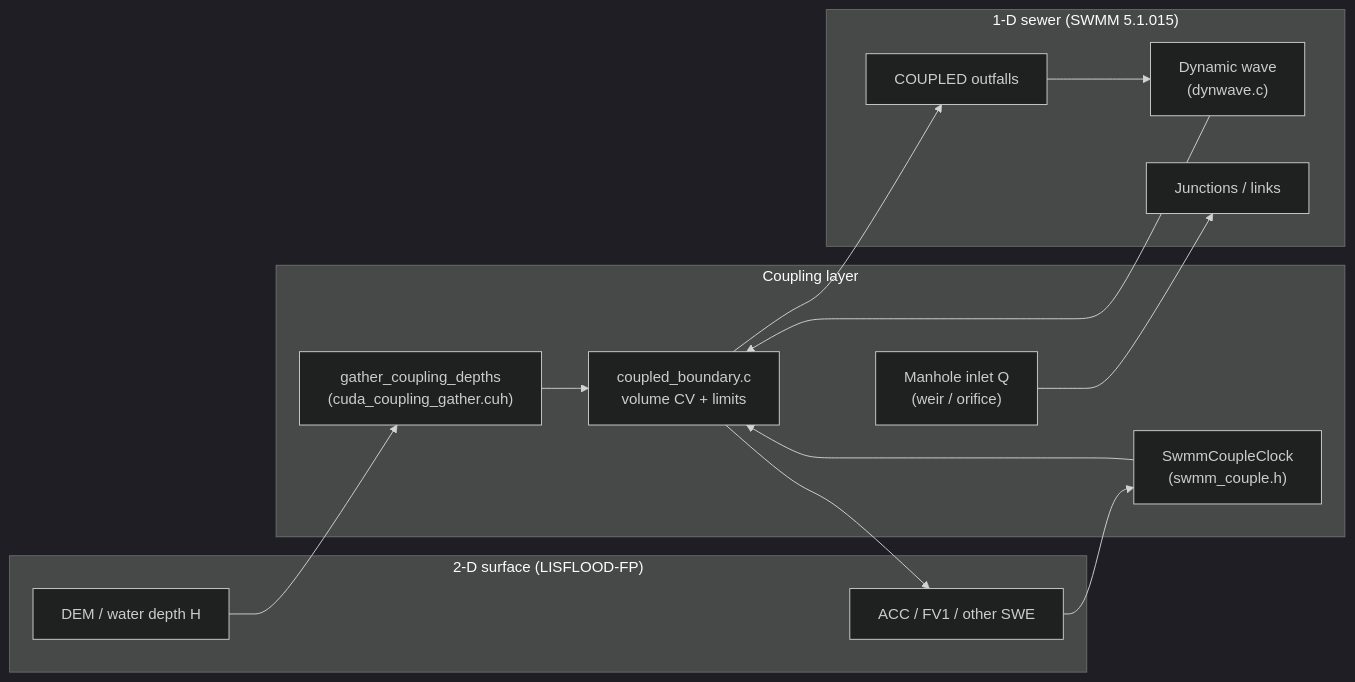
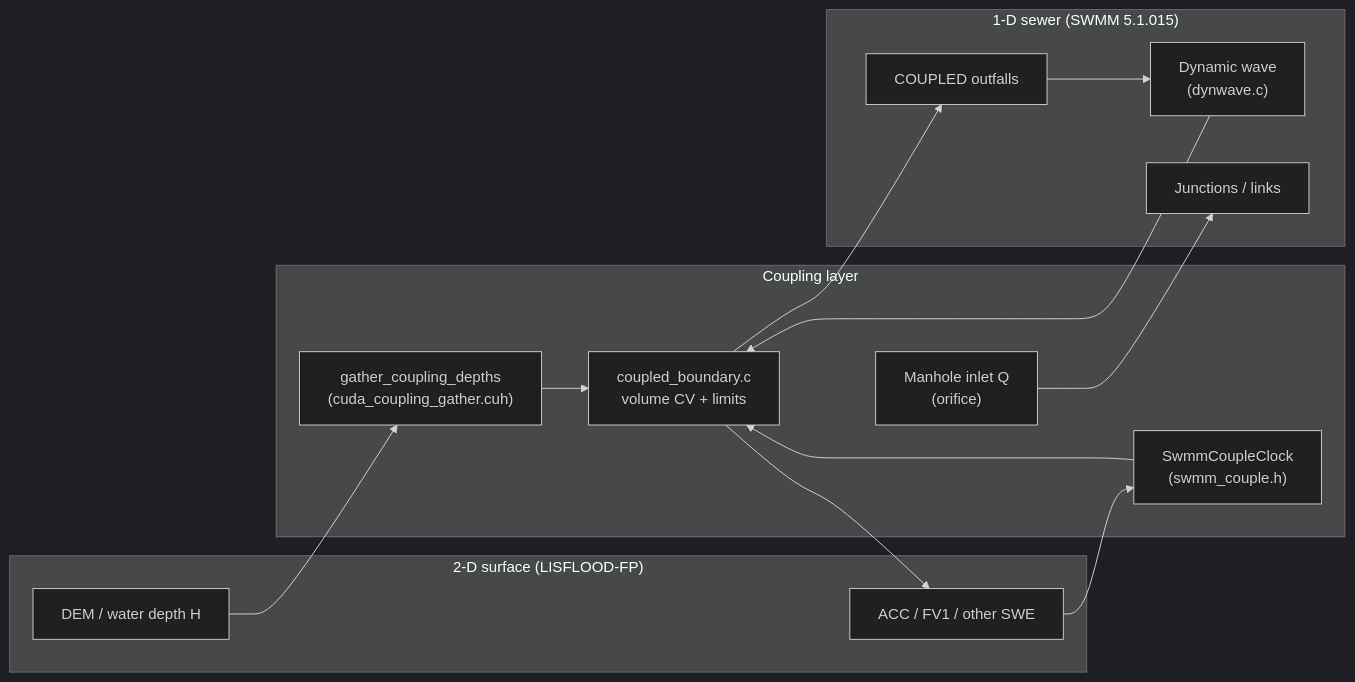
Before and after one commit to FloodGroup/LISFLOOD-SWMM-Coupling: the first of 2 diagrams in docs/coupling_methodology.md, drawn with Mermaid (dark theme). The commit also changed other lines of this file and 3 other files, not shown here.

````diff
--- a/docs/coupling_methodology.md
+++ b/docs/coupling_methodology.md
@@ -7,27 +23,27 @@
 ```mermaid
 flowchart LR
   subgraph Surface["2-D surface (LISFLOOD-FP)"]
     DEM[DEM / water depth H]
     SOLVER["ACC / FV1 / other SWE"]
   end
   subgraph Exchange["Coupling layer"]
     CLOCK["SwmmCoupleClock\n(swmm_couple.h)"]
     GATHER["gather_coupling_depths\n(cuda_coupling_gather.cuh)"]
     CB["coupled_boundary.c\nvolume CV + limits"]
-    VIN["Manhole inlet Q\n(weir / orifice)"]
+    VIN["Manhole inlet Q\n(orifice)"]
   end
   subgraph Sewer["1-D sewer (SWMM 5.1.015)"]
     DW["Dynamic wave\n(dynwave.c)"]
     OUT["COUPLED outfalls"]
     NODES["Junctions / links"]
   end
   SOLVER --> CLOCK
   DEM --> GATHER
   GATHER --> CB
   CLOCK --> CB
   VIN --> NODES
   CB --> OUT
   OUT --> DW
   DW --> CB
   CB --> SOLVER
 ```
````
